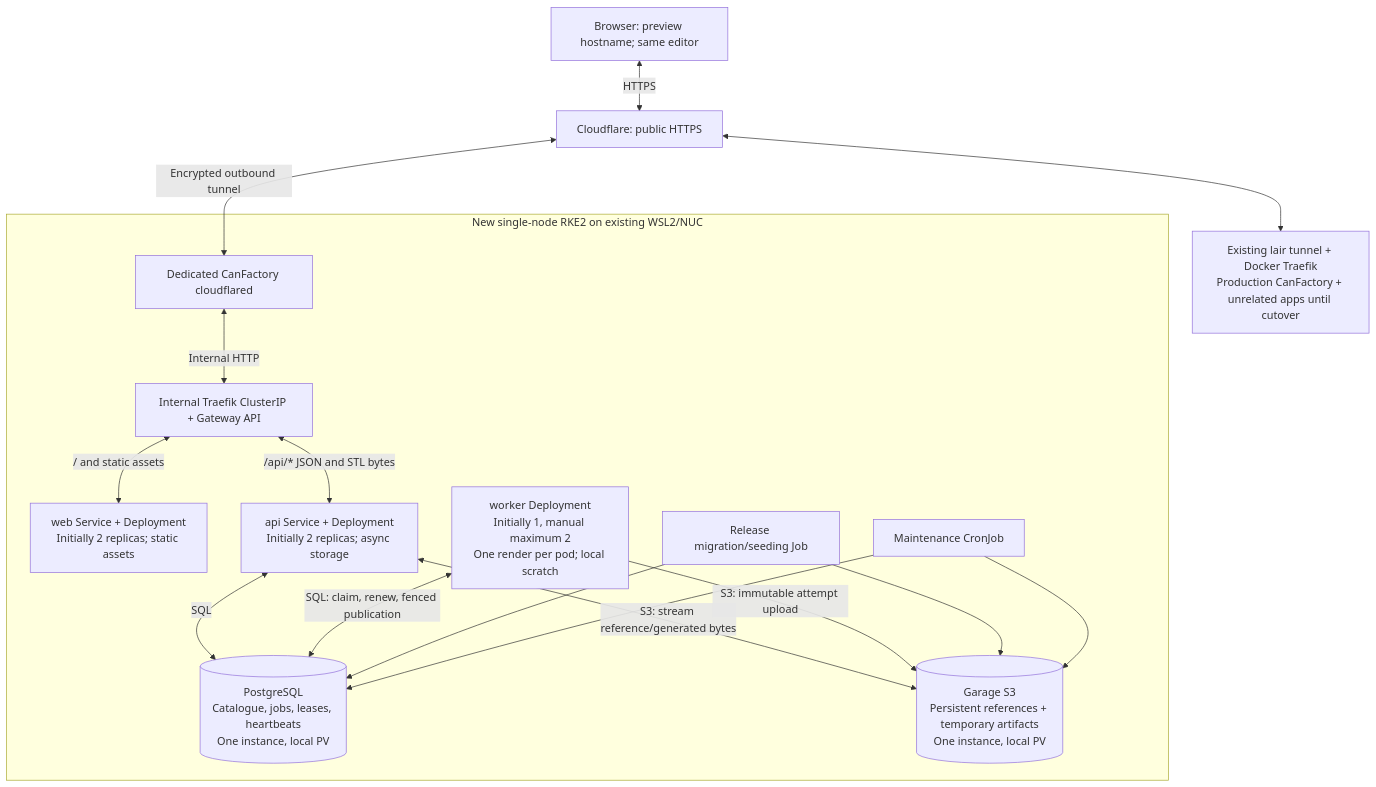
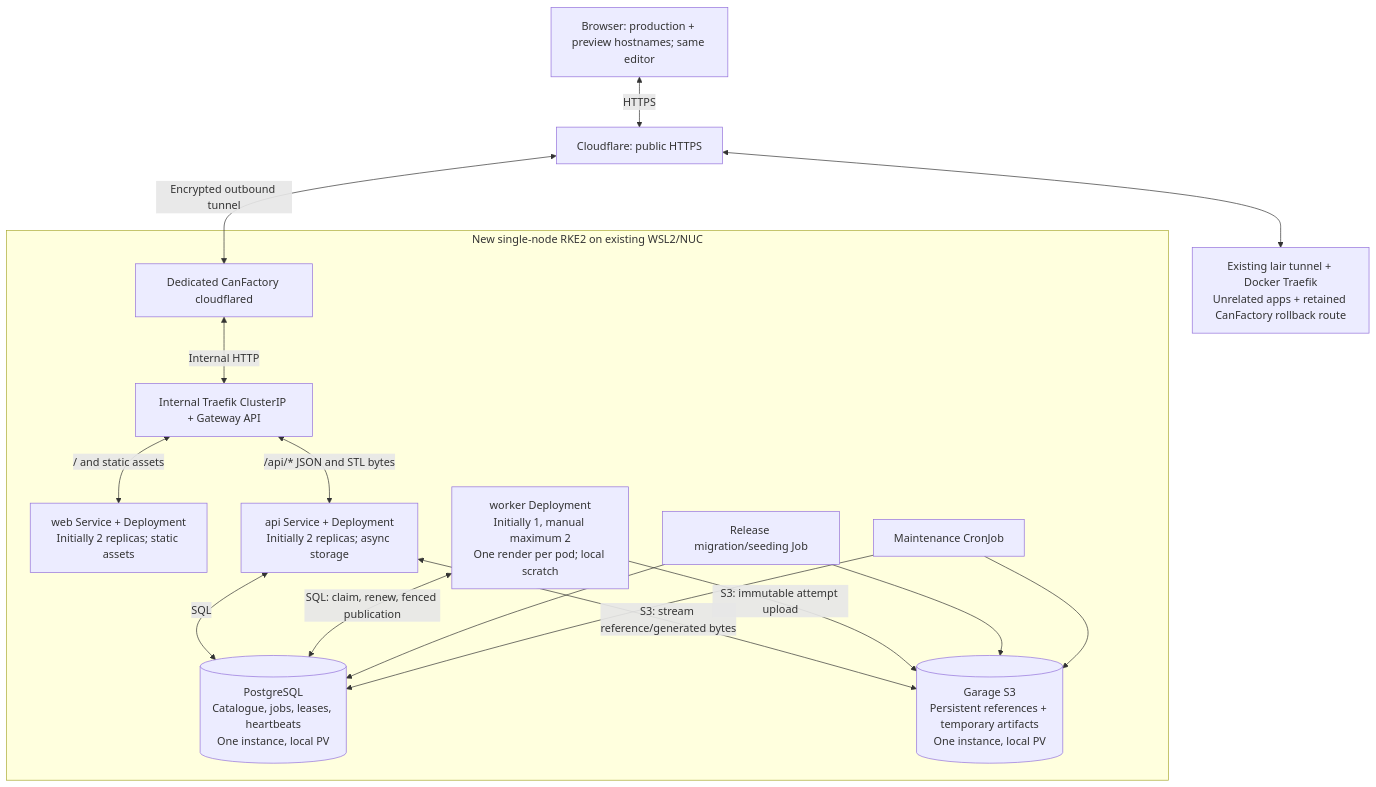
Before and after one commit to NNTin/CanFactory: the third of 4 diagrams in docs/container-architecture.md, drawn with Mermaid. The commit also changed other lines of this file and 2 other files, not shown here.

Commit message:
docs: record live Kubernetes routing after production cutover

````diff
--- a/docs/container-architecture.md
+++ b/docs/container-architecture.md
@@ -133,34 +134,34 @@
 ```mermaid
 flowchart TB
-    browser["Browser: preview hostname; same editor"]
+    browser["Browser: production + preview hostnames; same editor"]
     cloud["Cloudflare: public HTTPS"]
     browser <-->|"HTTPS"| cloud
 
     subgraph cluster["New single-node RKE2 on existing WSL2/NUC"]
         tunnel["Dedicated CanFactory cloudflared"]
         ingress["Internal Traefik ClusterIP + Gateway API"]
         web["web Service + Deployment<br/>Initially 2 replicas; static assets"]
         api["api Service + Deployment<br/>Initially 2 replicas; async storage"]
         workers["worker Deployment<br/>Initially 1, manual maximum 2<br/>One render per pod; local scratch"]
         release["Release migration/seeding Job"]
         maintenance["Maintenance CronJob"]
         pg[("PostgreSQL<br/>Catalogue, jobs, leases, heartbeats<br/>One instance, local PV")]
         garage[("Garage S3<br/>Persistent references + temporary artifacts<br/>One instance, local PV")]
     end
 
     cloud <-->|"Encrypted outbound tunnel"| tunnel
     tunnel <-->|"Internal HTTP"| ingress
     ingress <-->|"/ and static assets"| web
     ingress <-->|"/api/* JSON and STL bytes"| api
     api <-->|"SQL"| pg
     workers <-->|"SQL: claim, renew, fenced publication"| pg
     api <-->|"S3: stream reference/generated bytes"| garage
     workers -->|"S3: immutable attempt upload"| garage
     release --> pg
     release --> garage
     maintenance --> pg
     maintenance --> garage
 
-    shared["Existing lair tunnel + Docker Traefik<br/>Production CanFactory + unrelated apps until cutover"]
+    shared["Existing lair tunnel + Docker Traefik<br/>Unrelated apps + retained CanFactory rollback route"]
     cloud <--> shared
 ```
````
